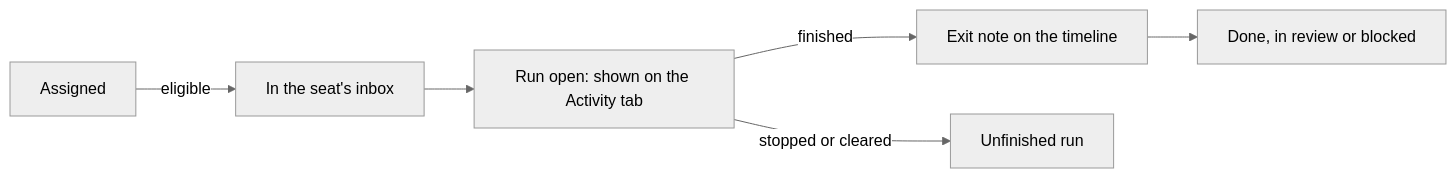
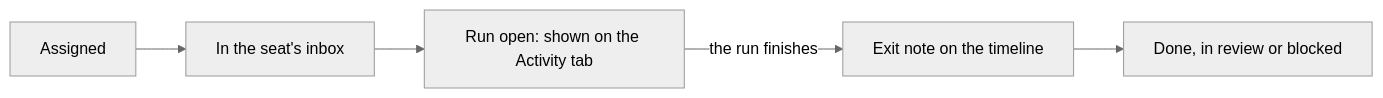
Before and after one commit to Art-of-Technology/collab: the diagram in content/docs/agents/give-a-seat-work.md, drawn with Mermaid (neutral theme). The commit also changed other lines of this file and 2 other files, not shown here.

First line of the commit message:
docs: keep the short seat pages short, and put --once where it works

````diff
--- a/content/docs/agents/give-a-seat-work.md
+++ b/content/docs/agents/give-a-seat-work.md
@@ -14,8 +14,7 @@
 ```mermaid
 flowchart LR
-  A[Assigned] -- eligible --> B[In the seat's inbox]
+  A[Assigned] --> B[In the seat's inbox]
   B --> C[Run open: shown on the Activity tab]
-  C -- finished --> D[Exit note on the timeline]
-  C -- stopped or cleared --> F[Unfinished run]
+  C -- the run finishes --> D[Exit note on the timeline]
   D --> E[Done, in review or blocked]
 ```
````
